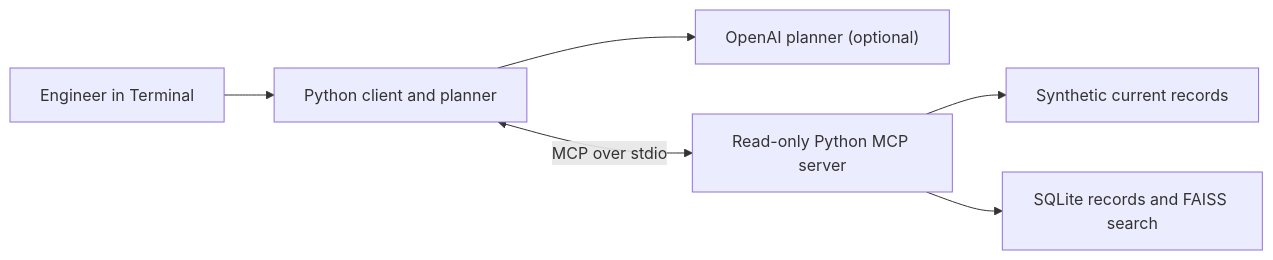
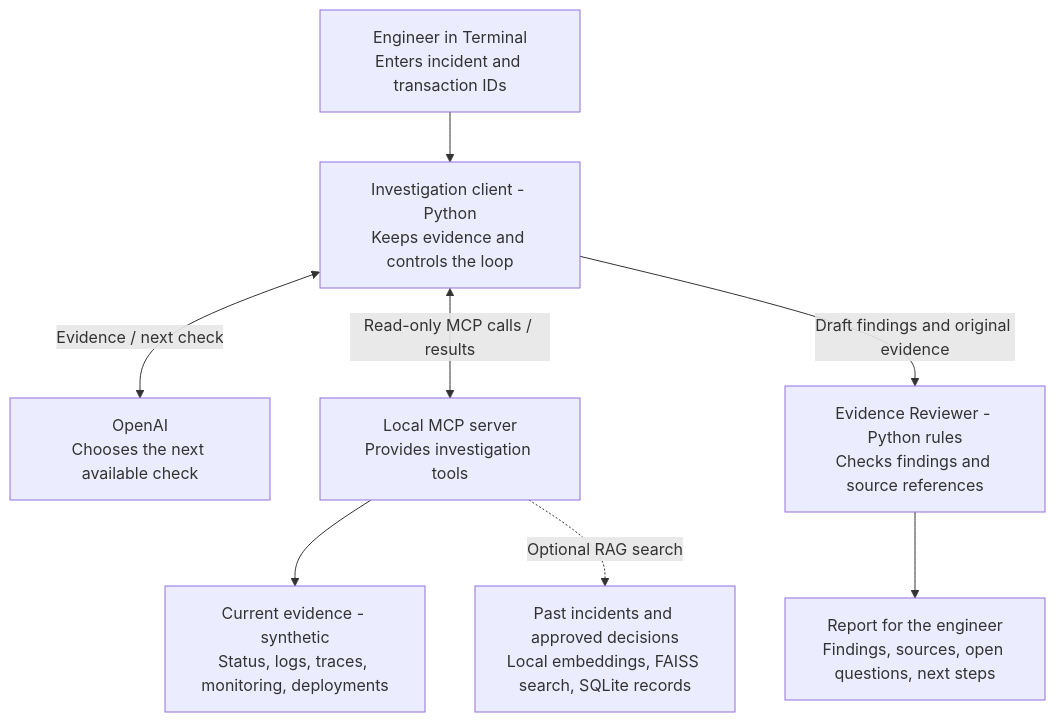
Before and after one commit to SthotaS/incident-investigation-agent: the diagram in README.md, drawn with Mermaid. The commit also changed other lines of this file and 7 other files, not shown here.

````diff
--- a/README.md
+++ b/README.md
@@ -21,8 +28,10 @@
 ```mermaid
-flowchart LR
-    Terminal["Engineer in Terminal"] --> Client["Python client and planner"]
-    Client --> Model["OpenAI planner (optional)"]
-    Client <-->|MCP over stdio| Server["Read-only Python MCP server"]
-    Server --> Current["Synthetic current records"]
-    Server --> History["SQLite records and FAISS search"]
+flowchart TD
+    Engineer["Engineer in Terminal<br/>Enters incident and transaction IDs"] --> Client["Investigation client - Python<br/>Keeps evidence and controls the loop"]
+    Client <-->|Evidence / next check| OpenAI["OpenAI<br/>Chooses the next available check"]
+    Client <-->|Read-only MCP calls / results| Server["Local MCP server<br/>Provides investigation tools"]
+    Server --> Current["Current evidence - synthetic<br/>Status, logs, traces, monitoring, deployments"]
+    Server -.->|Optional RAG search| History["Past incidents and approved decisions<br/>Local embeddings, FAISS search, SQLite records"]
+    Client -->|Draft findings and original evidence| Reviewer["Evidence Reviewer - Python rules<br/>Checks findings and source references"]
+    Reviewer --> Report["Report for the engineer<br/>Findings, sources, open questions, next steps"]
 ```
````
